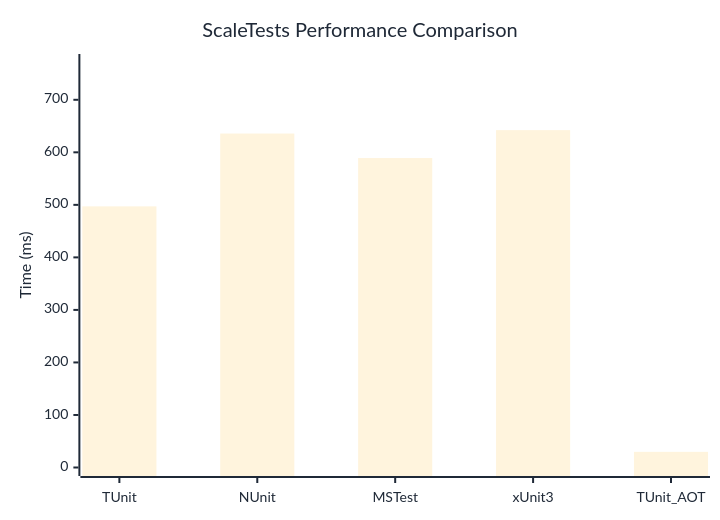
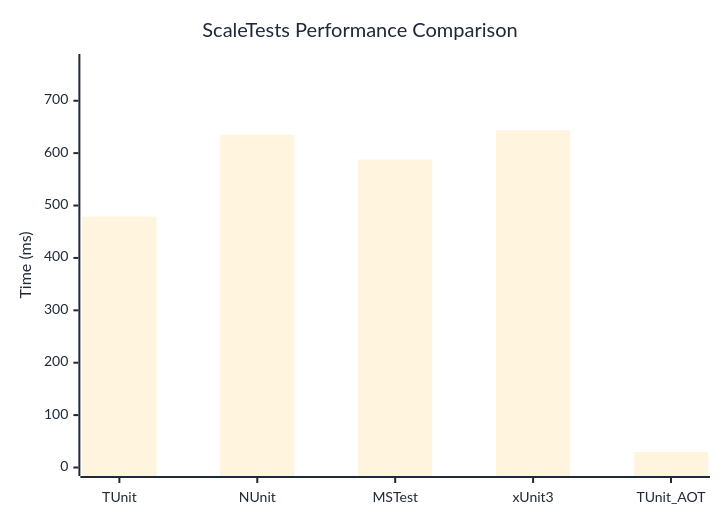
Before and after one commit to thomhurst/TUnit: the diagram in docs/docs/benchmarks/ScaleTests.md, drawn with Mermaid. The commit also changed other lines of this file and 17 other files, not shown here.

````diff
--- a/docs/docs/benchmarks/ScaleTests.md
+++ b/docs/docs/benchmarks/ScaleTests.md
@@ -27,37 +27,37 @@
 ```mermaid
 %%{init: {
   'theme':'base',
   'themeVariables': {
     'primaryColor': '#2563eb',
     'primaryTextColor': '#1f2937',
     'primaryBorderColor': '#1e40af',
     'lineColor': '#6b7280',
     'secondaryColor': '#7c3aed',
     'tertiaryColor': '#dc2626',
     'background': '#ffffff',
     'mainBkg': '#2563eb',
     'secondBkg': '#7c3aed',
     'tertiaryBkg': '#dc2626',
     'clusterBkg': '#f3f4f6',
     'edgeLabelBackground': '#ffffff',
     'tertiaryTextColor': '#1f2937',
     'pie1': '#2563eb',
     'pie2': '#7c3aed',
     'pie3': '#dc2626',
     'pie4': '#f59e0b',
     'pie5': '#10b981',
     'pie6': '#06b6d4',
     'pie7': '#ec4899',
     'pie8': '#6366f1',
     'pie9': '#84cc16',
     'pie10': '#f97316',
     'pie11': '#14b8a6',
     'pie12': '#a855f7'
   }
 }}%%
 xychart-beta
   title "ScaleTests Performance Comparison"
   x-axis ["TUnit", "NUnit", "MSTest", "xUnit3", "TUnit_AOT"]
-  y-axis "Time (ms)" 0 --> 771
-  bar [497.14, 635.77, 589.13, 642.25, 29.78]
+  y-axis "Time (ms)" 0 --> 773
+  bar [478.89, 635.05, 588.02, 643.7, 29.74]
 ```
````
